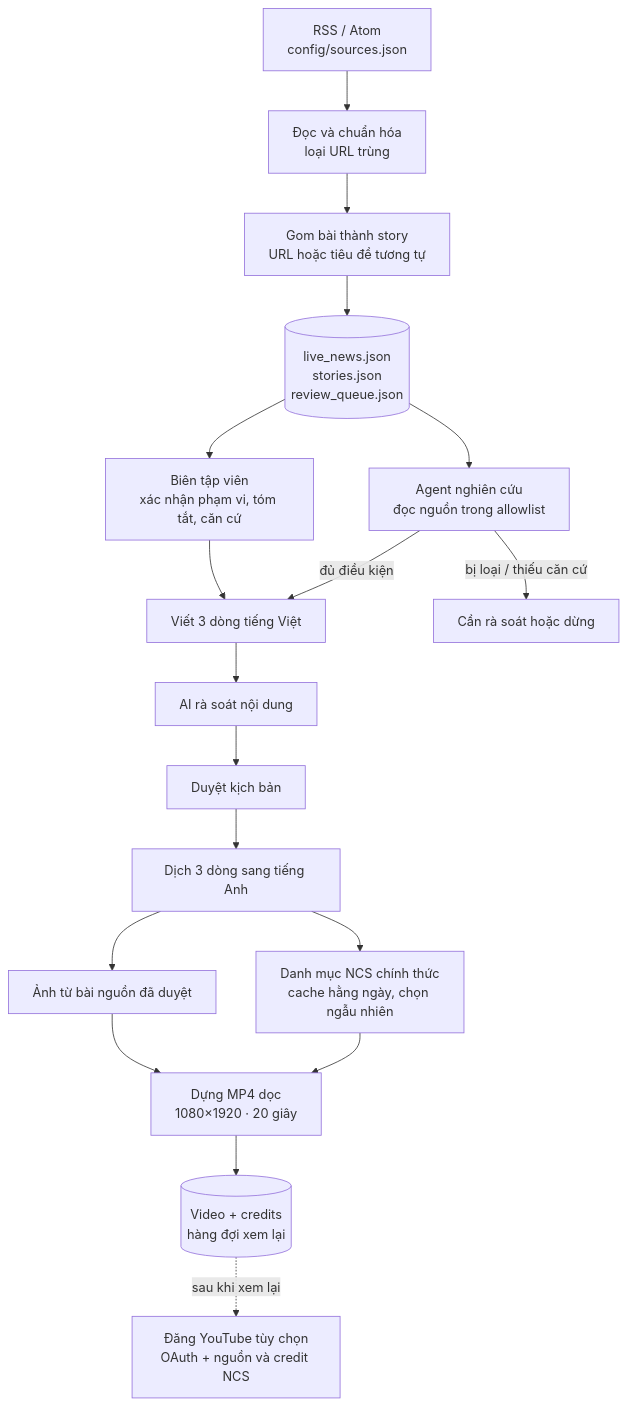
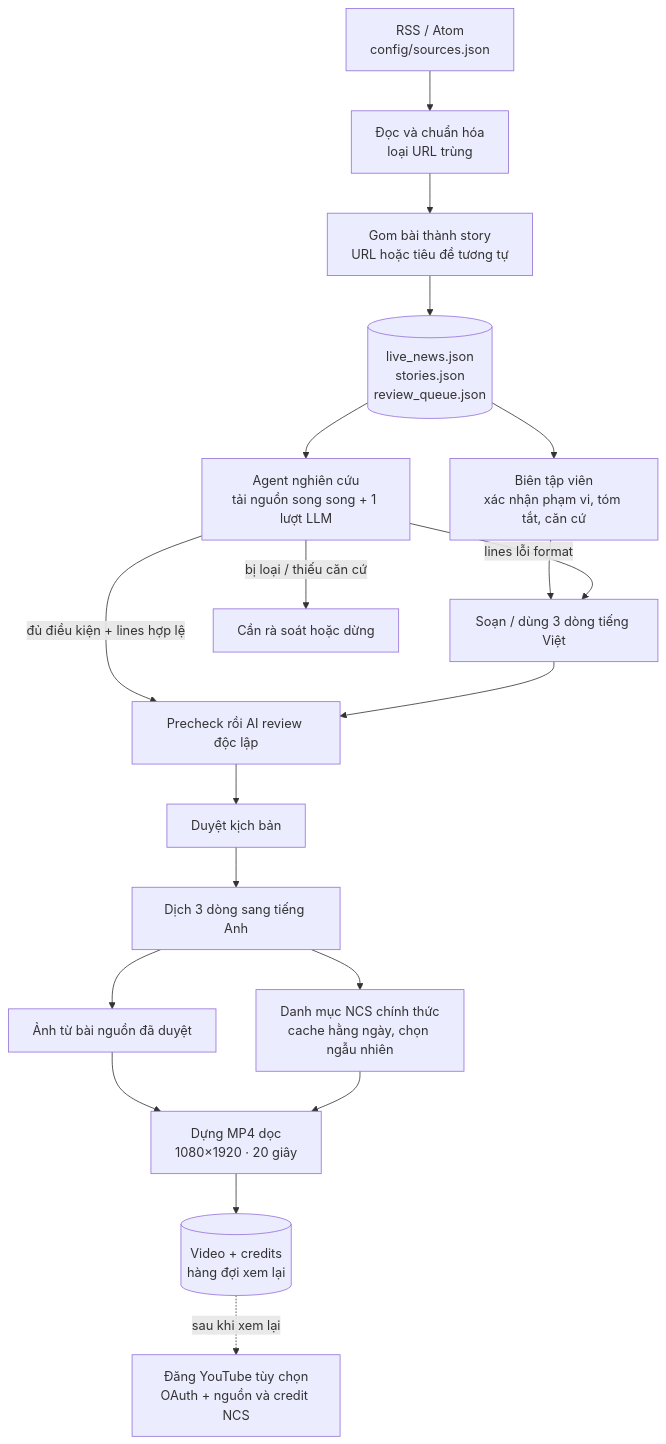
The diagram in README.md (chinghia689/gen-ytb-short), drawn with Mermaid before and after one commit. The commit also changed other lines of this file and 10 other files, not shown here.

````diff
--- a/README.md
+++ b/README.md
@@ -11,22 +11,23 @@
 ```mermaid
 flowchart TD
     A[RSS / Atom<br/>config/sources.json] --> B[Đọc và chuẩn hóa<br/>loại URL trùng]
     B --> C[Gom bài thành story<br/>URL hoặc tiêu đề tương tự]
     C --> D[(live_news.json<br/>stories.json<br/>review_queue.json)]
 
     D --> E[Biên tập viên<br/>xác nhận phạm vi, tóm tắt, căn cứ]
-    D --> F[Agent nghiên cứu<br/>đọc nguồn trong allowlist]
-    E --> G[Viết 3 dòng tiếng Việt]
-    F -->|đủ điều kiện| G
+    D --> F[Agent nghiên cứu<br/>tải nguồn song song + 1 lượt LLM]
+    E --> G[Soạn / dùng 3 dòng tiếng Việt]
+    F -->|đủ điều kiện + lines hợp lệ| I[Precheck rồi AI review độc lập]
+    F -->|lines lỗi format| G
     F -->|bị loại / thiếu căn cứ| H[Cần rà soát hoặc dừng]
-    G --> I[AI rà soát nội dung]
+    G --> I
     I --> J[Duyệt kịch bản]
     J --> K[Dịch 3 dòng sang tiếng Anh]
 
     K --> L[Ảnh từ bài nguồn đã duyệt]
     K --> M[Danh mục NCS chính thức<br/>cache hằng ngày, chọn ngẫu nhiên]
     L --> N[Dựng MP4 dọc<br/>1080×1920 · 20 giây]
     M --> N
     N --> O[(Video + credits<br/>hàng đợi xem lại)]
     O -. sau khi xem lại .-> P[Đăng YouTube tùy chọn<br/>OAuth + nguồn và credit NCS]
 ```
````
